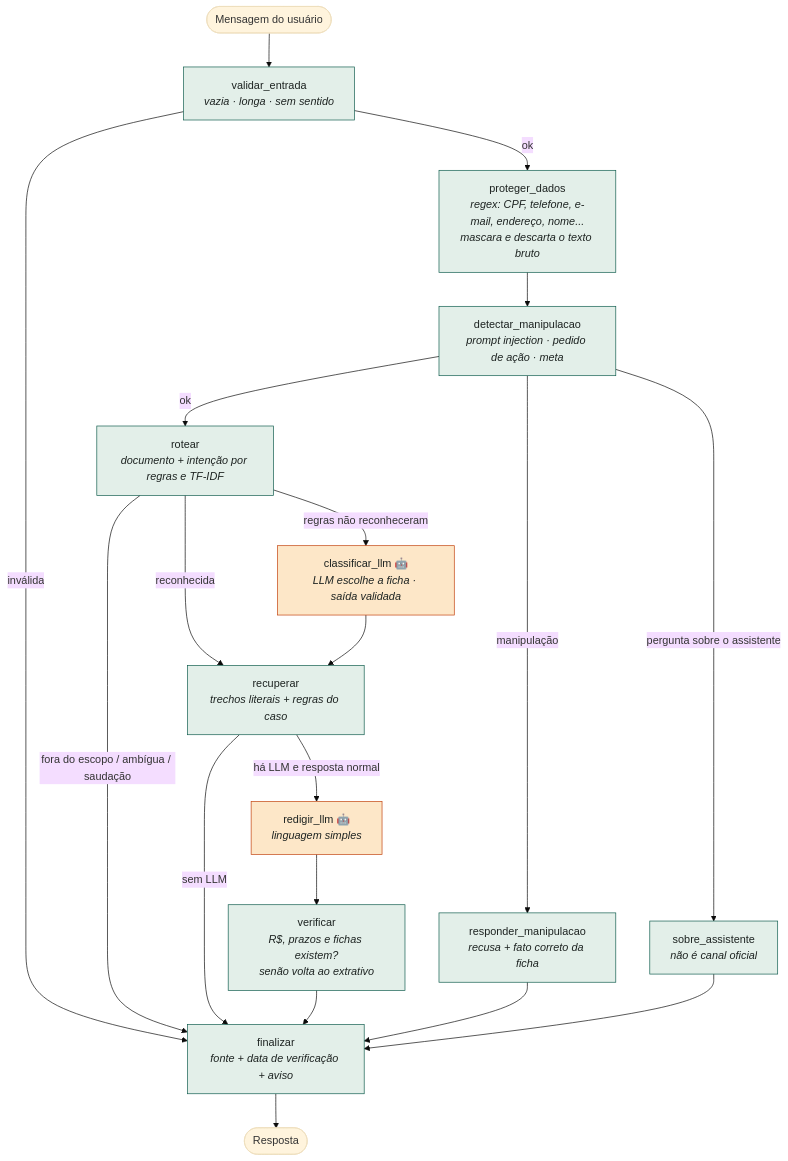
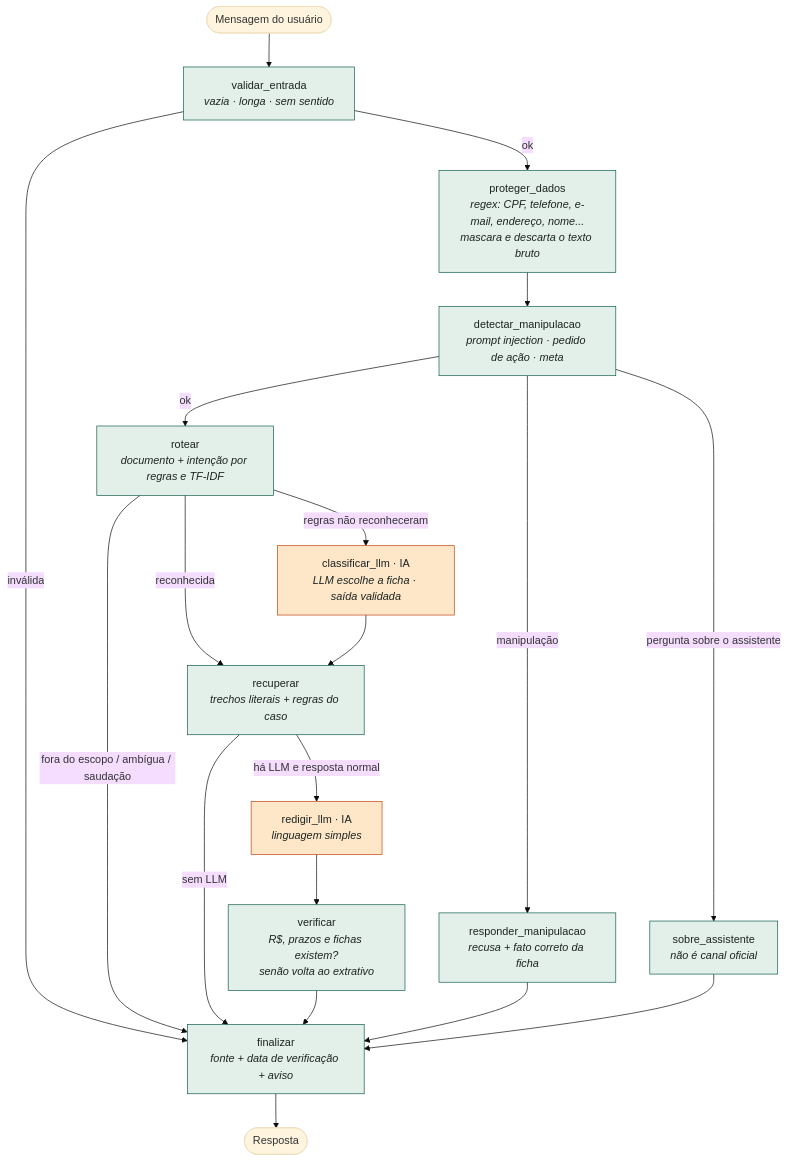
Before and after one commit to Nickollas09/citizen-assist-ai-prompt-and-ai: the diagram in docs/arquitetura.mmd, drawn with Mermaid (base theme). The commit also changed 15 other files, not shown here.

```diff
--- a/docs/arquitetura.mmd
+++ b/docs/arquitetura.mmd
@@ -1,23 +1,23 @@
 flowchart TD
     S([Mensagem do usuário]) --> V[validar_entrada<br/><i>vazia · longa · sem sentido</i>]
     V -- inválida --> F
     V -- ok --> P[proteger_dados<br/><i>regex: CPF, telefone, e-mail, endereço, nome...<br/>mascara e descarta o texto bruto</i>]
     P --> M[detectar_manipulacao<br/><i>prompt injection · pedido de ação · meta</i>]
     M -- manipulação --> RM[responder_manipulacao<br/><i>recusa + fato correto da ficha</i>]
     M -- pergunta sobre o assistente --> SA[sobre_assistente<br/><i>não é canal oficial</i>]
     M -- ok --> R[rotear<br/><i>documento + intenção por regras e TF-IDF</i>]
     R -- fora do escopo / ambígua / saudação --> F
-    R -- regras não reconheceram --> CL[classificar_llm 🤖<br/><i>LLM escolhe a ficha · saída validada</i>]
+    R -- regras não reconheceram --> CL[classificar_llm · IA<br/><i>LLM escolhe a ficha · saída validada</i>]
     R -- reconhecida --> RE[recuperar<br/><i>trechos literais + regras do caso</i>]
     CL --> RE
-    RE -- há LLM e resposta normal --> RD[redigir_llm 🤖<br/><i>linguagem simples</i>]
+    RE -- há LLM e resposta normal --> RD[redigir_llm · IA<br/><i>linguagem simples</i>]
     RE -- sem LLM --> F
     RD --> VE[verificar<br/><i>R$, prazos e fichas existem?<br/>senão volta ao extrativo</i>]
     VE --> F[finalizar<br/><i>fonte + data de verificação + aviso</i>]
     RM --> F
     SA --> F
     F --> E([Resposta])
     classDef ia fill:#fde7c8,stroke:#c2410c,color:#1d2321;
     classDef regra fill:#e3efe9,stroke:#0f5c4d,color:#1d2321;
     class CL,RD ia;
     class V,P,M,RM,SA,R,RE,VE,F regra;
```
